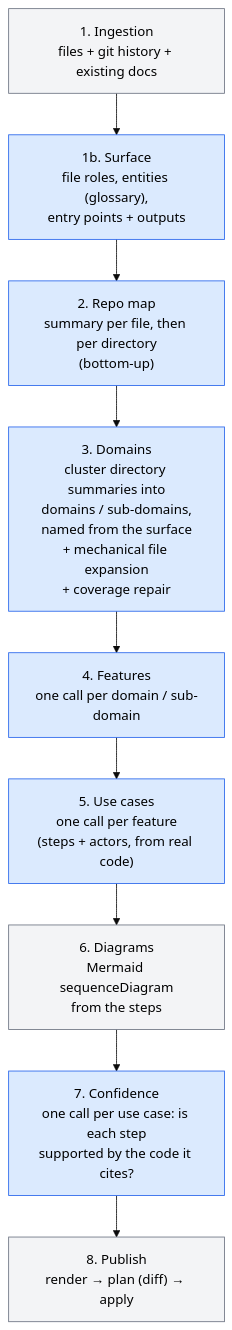
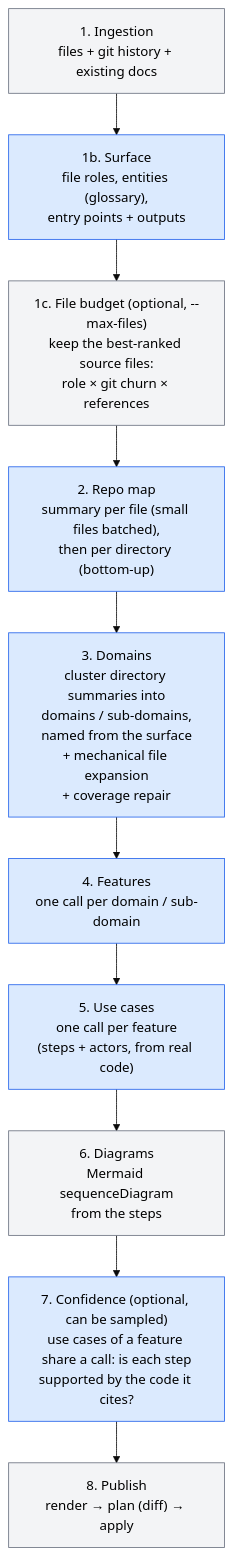
One commit to Electron-libre/RetroDoc changed the fourth of 8 diagrams in docs/ARCHITECTURE.md. Above: the diagram before and after it, drawn with Mermaid (base theme). The commit also changed other lines of this file and 10 other files, not shown here.

First line of the commit message:
feat(cli): add `--max-files` budget for selective source analysis

````diff
--- a/docs/ARCHITECTURE.md
+++ b/docs/ARCHITECTURE.md
@@ -87,17 +87,18 @@
 ```mermaid
 flowchart TD
     A["1. Ingestion<br/>files + git history + existing docs"]:::det
     S["1b. Surface<br/>file roles, entities (glossary),<br/>entry points + outputs"]:::llm
-    B["2. Repo map<br/>summary per file, then per directory<br/>(bottom-up)"]:::llm
+    K["1c. File budget (optional, --max-files)<br/>keep the best-ranked source files:<br/>role × git churn × references"]:::det
+    B["2. Repo map<br/>summary per file (small files batched),<br/>then per directory (bottom-up)"]:::llm
     C["3. Domains<br/>cluster directory summaries into<br/>domains / sub-domains,<br/>named from the surface<br/>+ mechanical file expansion<br/>+ coverage repair"]:::llm
     D["4. Features<br/>one call per domain / sub-domain"]:::llm
     E["5. Use cases<br/>one call per feature<br/>(steps + actors, from real code)"]:::llm
     F["6. Diagrams<br/>Mermaid sequenceDiagram<br/>from the steps"]:::det
-    G["7. Confidence<br/>one call per use case: is each step<br/>supported by the code it cites?"]:::llm
+    G["7. Confidence (optional, can be sampled)<br/>use cases of a feature share a call: is each step<br/>supported by the code it cites?"]:::llm
     H["8. Publish<br/>render → plan (diff) → apply"]:::det
 
-    A --> S --> B --> C --> D --> E --> F --> G --> H
+    A --> S --> K --> B --> C --> D --> E --> F --> G --> H
 
     classDef llm fill:#dbeafe,stroke:#2563eb,color:#000
     classDef det fill:#f3f4f6,stroke:#6b7280,color:#000
 ```
````
